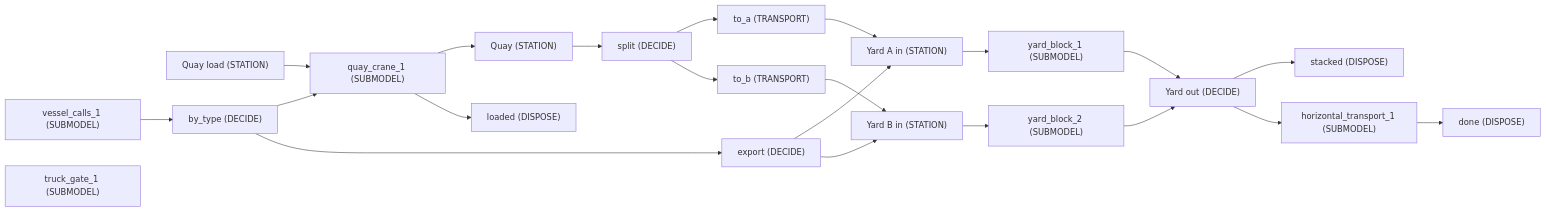
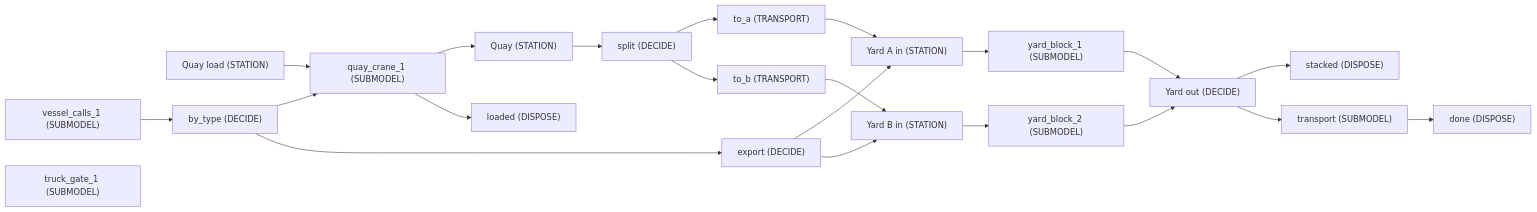
The second of 4 diagrams in docs/gallery/logistics.md (TheMattHub/naga), drawn with Mermaid before and after one commit. The commit also changed other lines of this file and 45 other files, not shown here.

````diff
--- a/docs/gallery/logistics.md
+++ b/docs/gallery/logistics.md
@@ -102,42 +102,42 @@
 ```mermaid
 flowchart LR
     b0["vessel_calls_1 (SUBMODEL)"]
     b1["quay_crane_1 (SUBMODEL)"]
     b2["truck_gate_1 (SUBMODEL)"]
     b3["yard_block_1 (SUBMODEL)"]
     b4["yard_block_2 (SUBMODEL)"]
-    b5["horizontal_transport_1 (SUBMODEL)"]
+    b5["transport (SUBMODEL)"]
     b6["Quay (STATION)"]
     b7["Yard A in (STATION)"]
     b8["Yard B in (STATION)"]
     b9["Quay load (STATION)"]
     b10["to_a (TRANSPORT)"]
     b11["to_b (TRANSPORT)"]
     b12["split (DECIDE)"]
     b13["export (DECIDE)"]
     b14["by_type (DECIDE)"]
     b15["Yard out (DECIDE)"]
     b16["done (DISPOSE)"]
     b17["stacked (DISPOSE)"]
     b18["loaded (DISPOSE)"]
     b0 --> b14
     b14 --> b1
     b14 --> b13
     b13 --> b7
     b13 --> b8
     b1 --> b6
     b6 --> b12
     b12 --> b10
     b12 --> b11
     b10 --> b7
     b11 --> b8
     b7 --> b3
     b3 --> b15
     b8 --> b4
     b4 --> b15
     b15 --> b17
     b5 --> b16
     b15 --> b5
     b9 --> b1
     b1 --> b18
 ```
````
